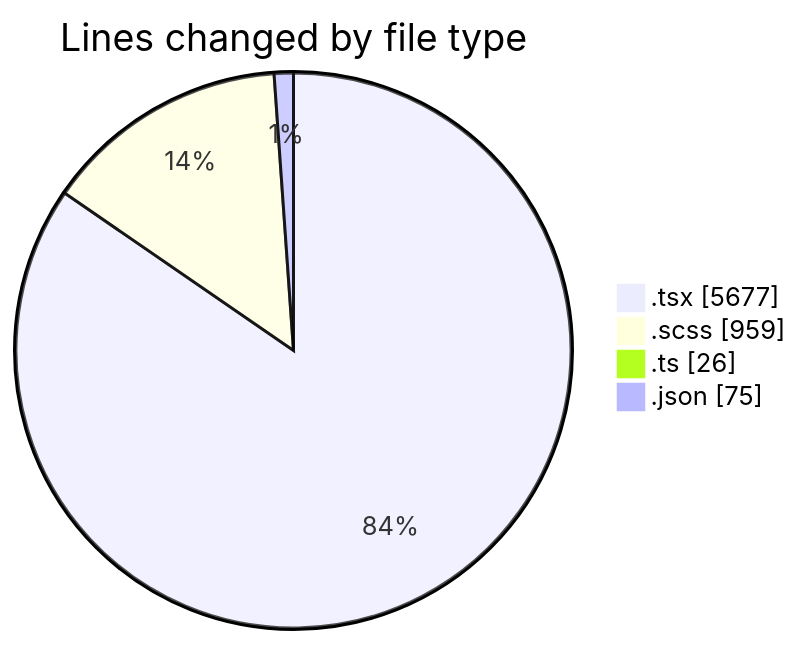
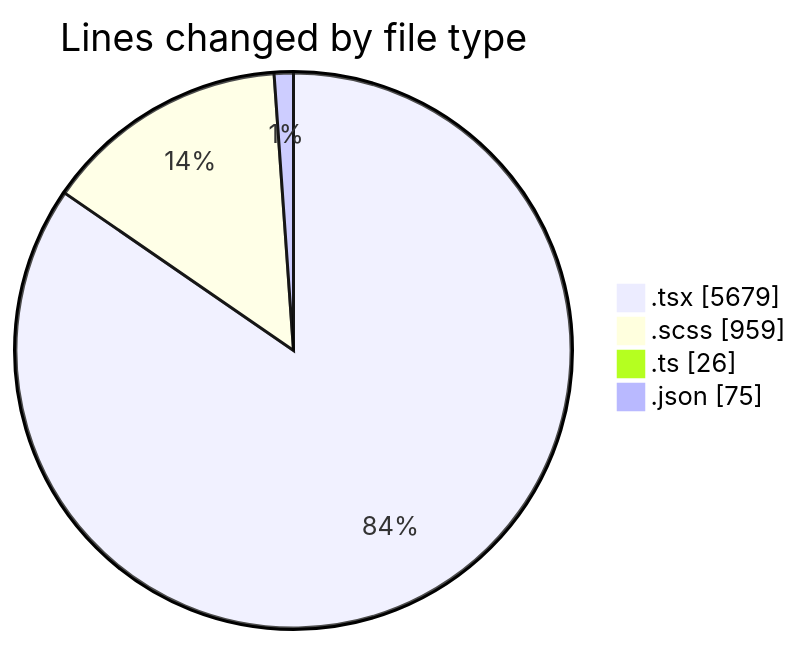
The first of 2 diagrams in 2025-04-09/cda/README.md (momahboobian/code-tracking), drawn with Mermaid before and after one commit. The commit also changed other lines of this file and 1 other file, not shown here.

````diff
--- a/2025-04-09/cda/README.md
+++ b/2025-04-09/cda/README.md
@@ -43,8 +43,8 @@
 ```mermaid
 pie showData
 title Lines changed by file type
-".tsx" : 5677
+".tsx" : 5679
 ".scss" : 959
 ".ts" : 26
 ".json" : 75
 ```
````
